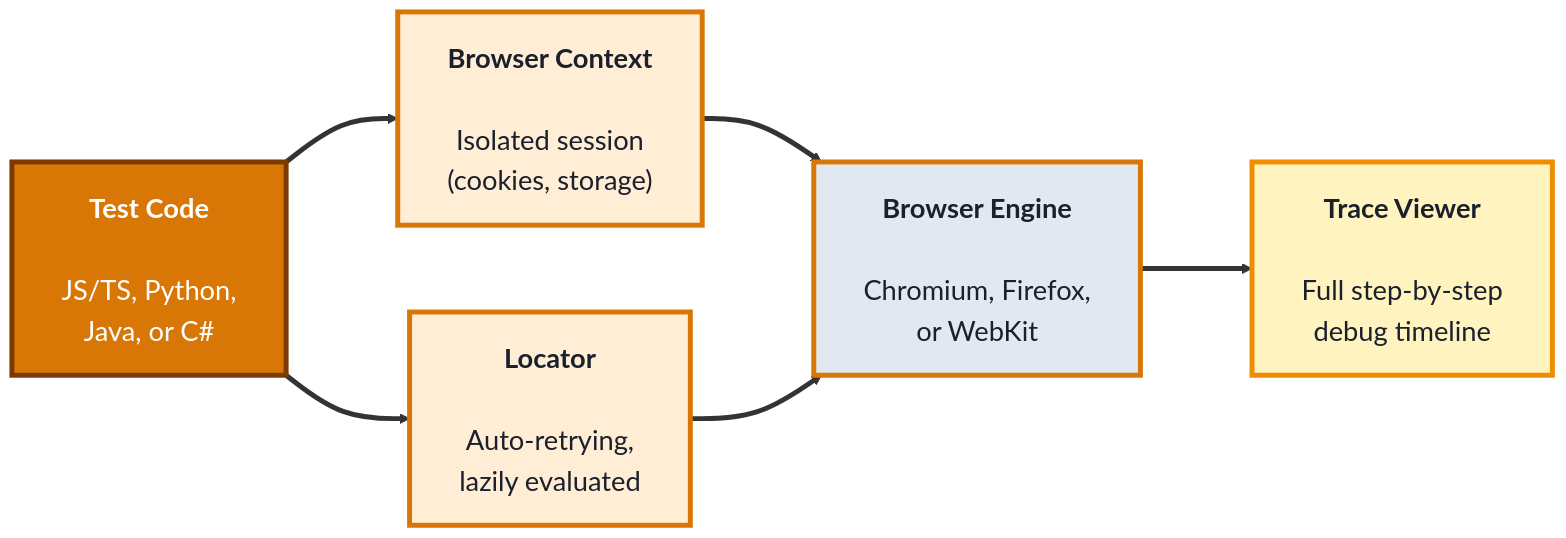
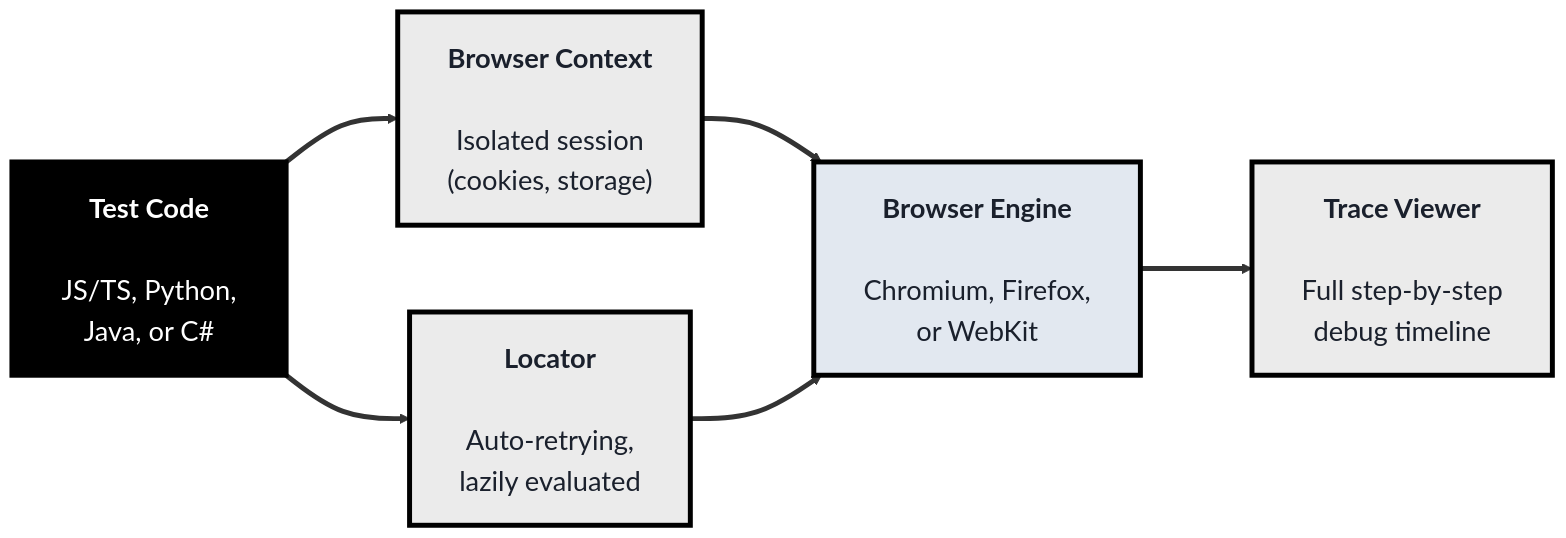
One commit to SHEMODELTECH/shemodeltech changed the third of 3 diagrams in src/Pages/courses/TechQA/module-3-automation-testing.md. Above: the diagram before and after it, drawn with Mermaid. The commit also changed other lines of this file and 46 other files, not shown here.

````diff
--- a/src/Pages/courses/TechQA/module-3-automation-testing.md
+++ b/src/Pages/courses/TechQA/module-3-automation-testing.md
@@ -175,20 +175,20 @@
 ```mermaid
-%%{init: {'theme':'base', 'themeVariables': {'fontSize':'22px', 'primaryTextColor':'#1a202c', 'primaryBorderColor':'#7c3a00', 'lineColor':'#333333'}, 'flowchart': {'nodeSpacing': 70, 'rankSpacing': 90, 'padding': 20}}}%%
+%%{init: {'theme':'base', 'themeVariables': {'fontSize':'22px', 'primaryTextColor':'#1a202c', 'primaryBorderColor':'#000000', 'lineColor':'#333333'}, 'flowchart': {'nodeSpacing': 70, 'rankSpacing': 90, 'padding': 20}}}%%
 flowchart LR
     TC["<b>Test Code</b><br/><br/>JS/TS, Python,<br/>Java, or C#"]
     CTX["<b>Browser Context</b><br/><br/>Isolated session<br/>(cookies, storage)"]
     BR["<b>Browser Engine</b><br/><br/>Chromium, Firefox,<br/>or WebKit"]
     L["<b>Locator</b><br/><br/>Auto-retrying,<br/>lazily evaluated"]
     TV["<b>Trace Viewer</b><br/><br/>Full step-by-step<br/>debug timeline"]
 
     TC ==> CTX ==> BR
     TC ==> L ==> BR
     BR ==> TV
 
-    style TC fill:#d97706,color:#fff,stroke:#7c3a00,stroke-width:4px
-    style CTX fill:#ffedd5,color:#1a202c,stroke:#d97706,stroke-width:4px
-    style BR fill:#e2e8f0,color:#1a202c,stroke:#d97706,stroke-width:4px
-    style L fill:#ffedd5,color:#1a202c,stroke:#d97706,stroke-width:4px
-    style TV fill:#fff3bf,color:#1a202c,stroke:#f08c00,stroke-width:4px
+    style TC fill:#000000,color:#fff,stroke:#000000,stroke-width:4px
+    style CTX fill:#EBEBEB,color:#1a202c,stroke:#000000,stroke-width:4px
+    style BR fill:#e2e8f0,color:#1a202c,stroke:#000000,stroke-width:4px
+    style L fill:#EBEBEB,color:#1a202c,stroke:#000000,stroke-width:4px
+    style TV fill:#EBEBEB,color:#1a202c,stroke:#000000,stroke-width:4px
     linkStyle default stroke-width:4px,stroke:#333333
 ```
````
